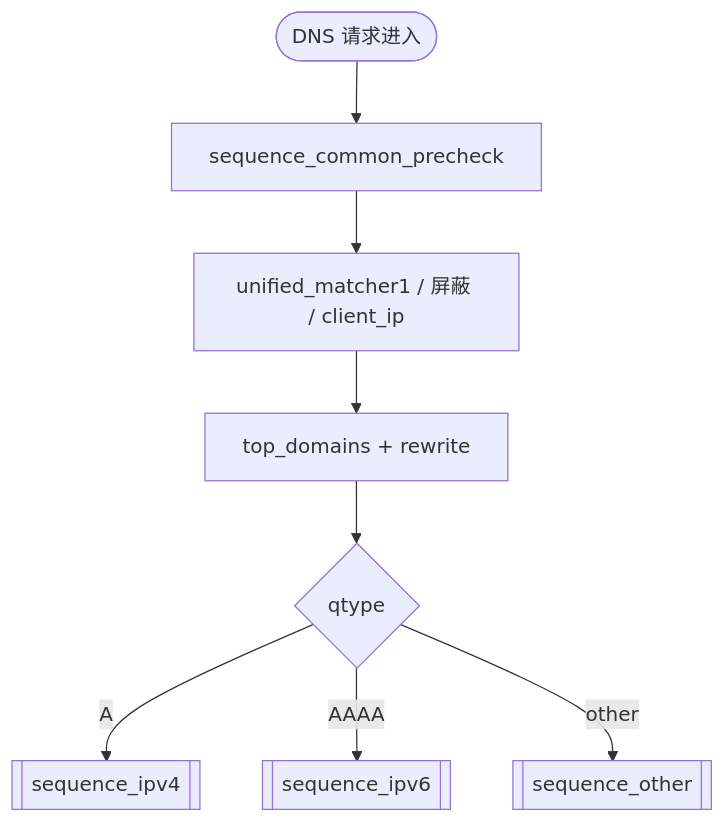
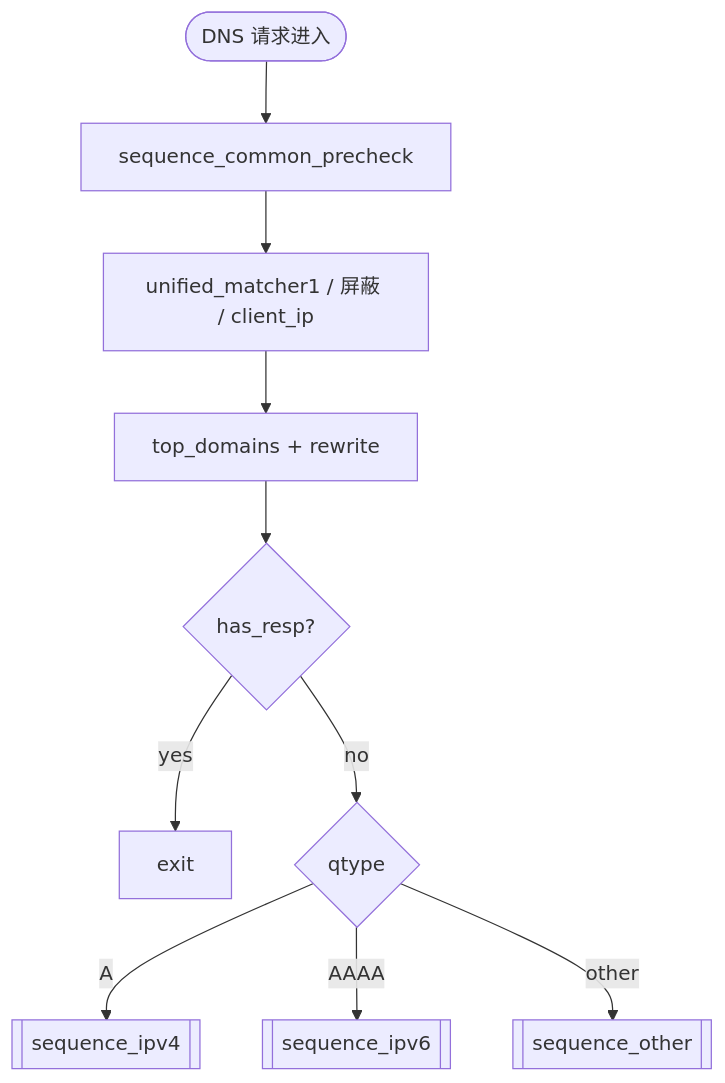
The first of 4 diagrams in docs/DNS_FLOW_VISUAL_ORDER.md (msm9527/mosdns), drawn with Mermaid before and after one commit. The commit also changed 9 other files, not shown here.

````diff
--- a/docs/DNS_FLOW_VISUAL_ORDER.md
+++ b/docs/DNS_FLOW_VISUAL_ORDER.md
@@ -5,10 +5,12 @@
 ```mermaid
 flowchart TB
     A0([DNS 请求进入]) --> A1[sequence_common_precheck]
     A1 --> A2[unified_matcher1 / 屏蔽 / client_ip]
     A2 --> A3[top_domains + rewrite]
-    A3 --> A4{qtype}
+    A3 --> A3B{has_resp?}
+    A3B -- yes --> A8[exit]
+    A3B -- no --> A4{qtype}
     A4 -- A --> B0[[sequence_ipv4]]
     A4 -- AAAA --> C0[[sequence_ipv6]]
     A4 -- other --> D0[[sequence_other]]
 ```
````
